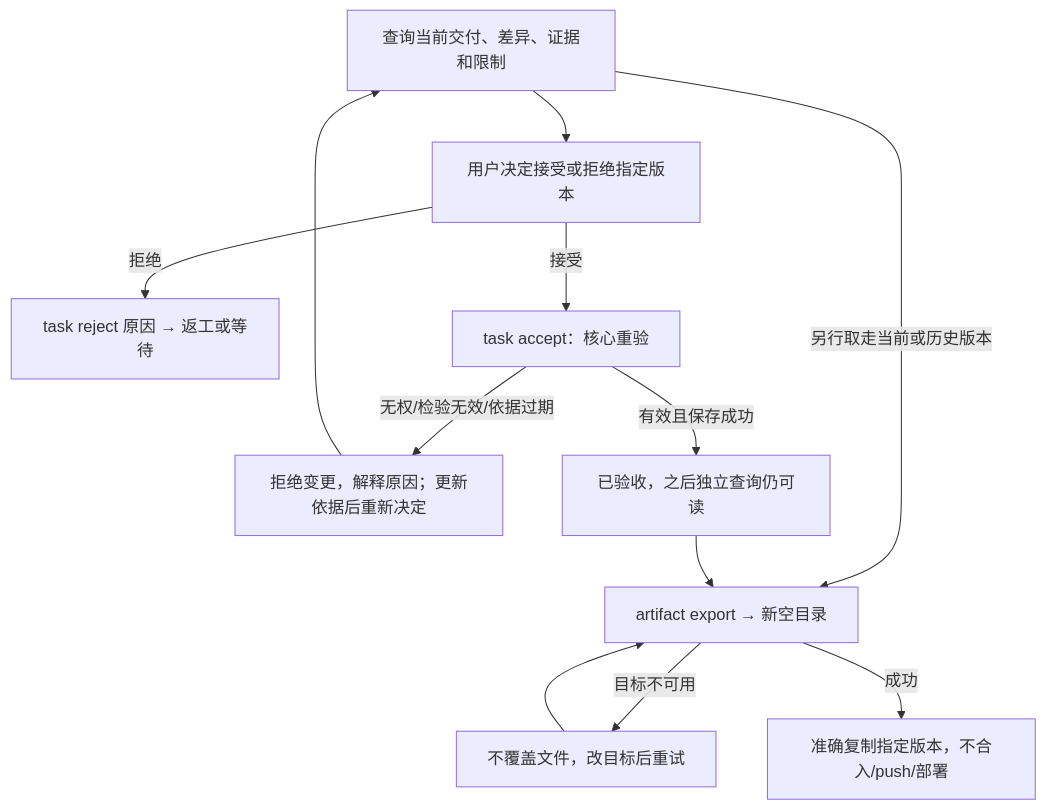
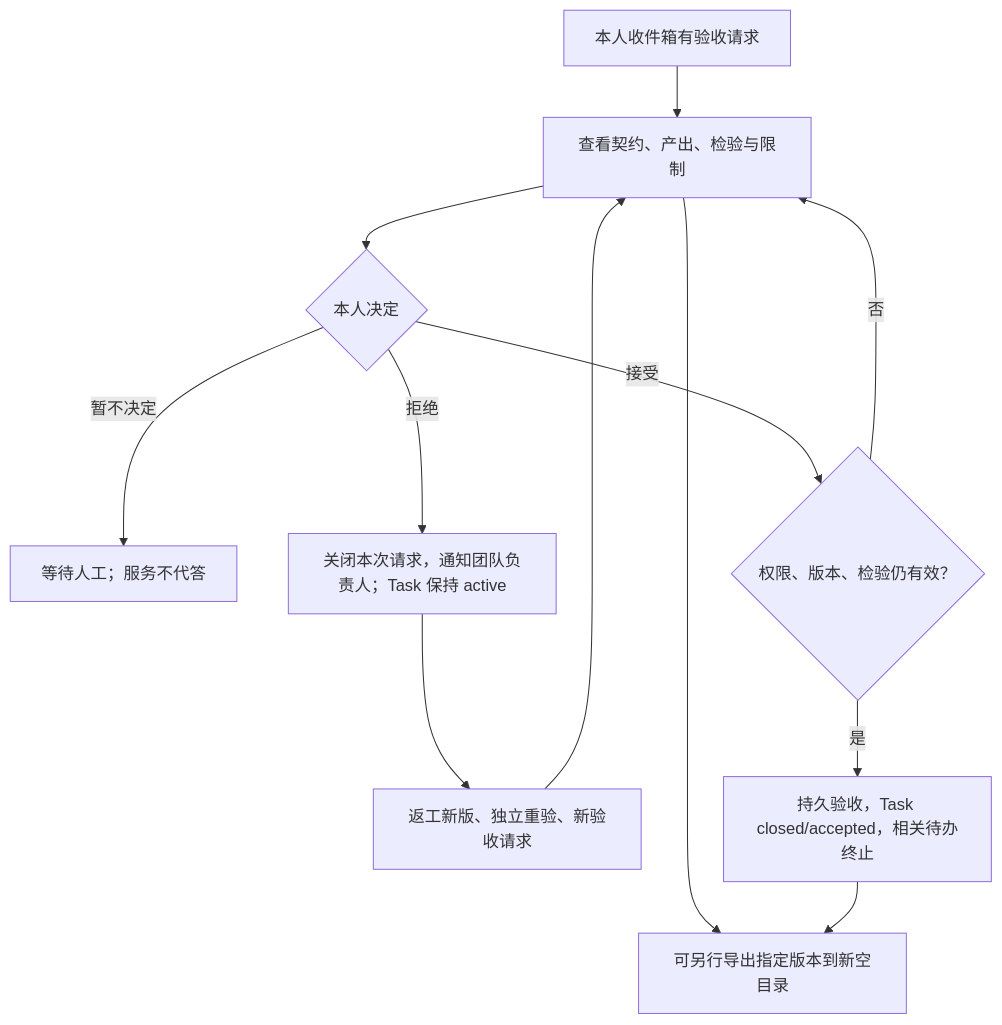
Before and after one commit to xforce-io/atelier: the sixth of 7 diagrams in docs/design/1-first-team-delivery/product.md, drawn with Mermaid. The commit also changed other lines of this file and 97 other files, not shown here.

````diff
--- a/docs/design/1-first-team-delivery/product.md
+++ b/docs/design/1-first-team-delivery/product.md
@@ -180,14 +235,14 @@
 ```mermaid
 flowchart TD
-    A["查询当前交付、差异、证据和限制"] --> B["用户决定接受或拒绝指定版本"]
-    B -->|拒绝| C["task reject 原因 → 返工或等待"]
-    B -->|接受| D["task accept：核心重验"]
-    D -->|无权/检验无效/依据过期| E["拒绝变更，解释原因；更新依据后重新决定"]
-    E --> A
-    D -->|有效且保存成功| F["已验收，之后独立查询仍可读"]
-    A -->|另行取走当前或历史版本| G["artifact export → 新空目录"]
-    F --> G
-    G -->|目标不可用| H["不覆盖文件，改目标后重试"]
-    H --> G
-    G -->|成功| I["准确复制指定版本，不合入/push/部署"]
+    A[本人收件箱有验收请求] --> B[查看契约、产出、检验与限制]
+    B --> C{本人决定}
+    C -->|暂不决定| D[等待人工；服务不代答]
+    C -->|拒绝| E[关闭本次请求，通知团队负责人；Task 保持 active]
+    E --> R[返工新版、独立重验、新验收请求]
+    R --> B
+    C -->|接受| F{权限、版本、检验仍有效？}
+    F -->|否| B
+    F -->|是| G[持久验收，Task closed/accepted，相关待办终止]
+    B --> H[可另行导出指定版本到新空目录]
+    G --> H
 ```
````
